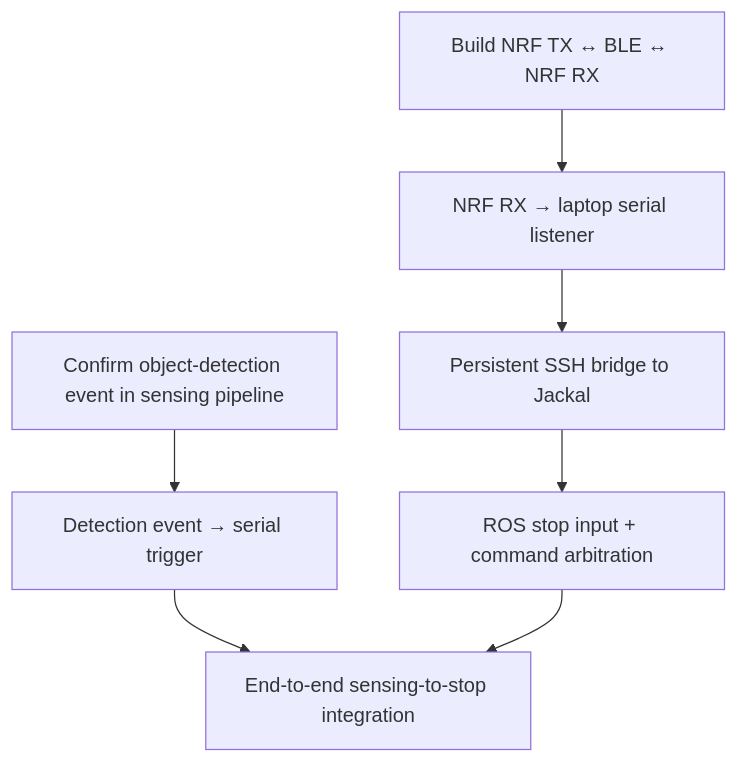
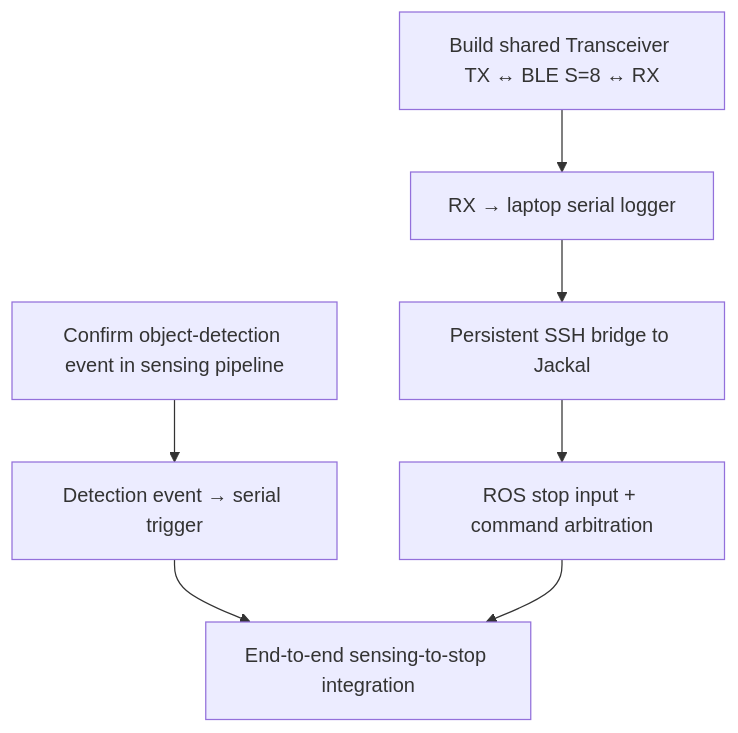
Before and after one commit to kirolossedra/RIS-Robotics: the diagram in system/control-signal-path.md, drawn with Mermaid. The commit also changed other lines of this file and 15 other files, not shown here.

````diff
--- a/system/control-signal-path.md
+++ b/system/control-signal-path.md
@@ -170,9 +188,9 @@
 ```mermaid
 flowchart TD
     A["Confirm object-detection event in sensing pipeline"] --> B["Detection event → serial trigger"]
-    C["Build NRF TX ↔ BLE ↔ NRF RX"] --> D["NRF RX → laptop serial listener"]
+    C["Build shared Transceiver TX ↔ BLE S=8 ↔ RX"] --> D["RX → laptop serial logger"]
     D --> E["Persistent SSH bridge to Jackal"]
     E --> F["ROS stop input + command arbitration"]
     B --> G["End-to-end sensing-to-stop integration"]
     F --> G
 ```
````
